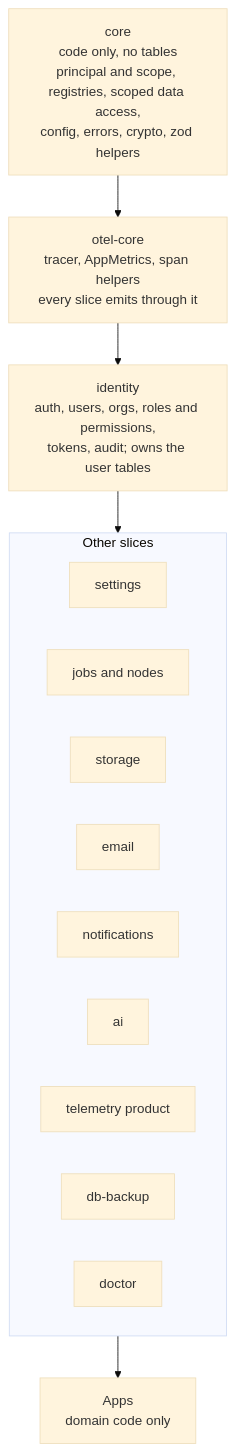
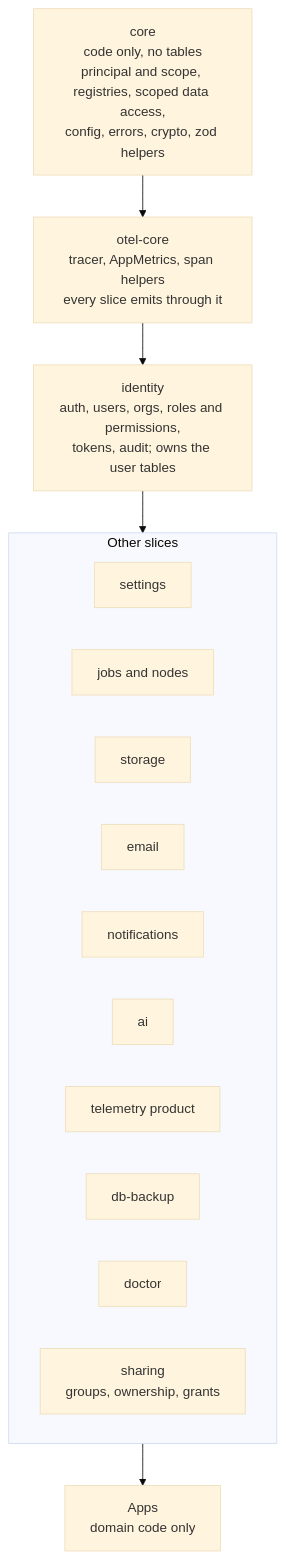
One commit to marinoscar/EnterpriseAppBase changed the second of 8 diagrams in docs/specs/platform-packages.md. Above: the diagram before and after it, drawn with Mermaid (base theme). The commit also changed other lines of this file and 5 other files, not shown here.

````diff
--- a/docs/specs/platform-packages.md
+++ b/docs/specs/platform-packages.md
@@ -300,20 +300,21 @@
 ```mermaid
 flowchart TD
   core["core<br/>code only, no tables<br/>principal and scope, registries, scoped data access,<br/>config, errors, crypto, zod helpers"]
   otel["otel-core<br/>tracer, AppMetrics, span helpers<br/>every slice emits through it"]
   ident["identity<br/>auth, users, orgs, roles and permissions,<br/>tokens, audit; owns the user tables"]
   subgraph slices["Other slices"]
     direction LR
     settings["settings"]
     jobs["jobs and nodes"]
     storage["storage"]
     email["email"]
     notif["notifications"]
     ai["ai"]
     telem["telemetry product"]
     backup["db-backup"]
     doctor["doctor"]
+    sharing["sharing<br/>groups, ownership, grants"]
   end
   apps["Apps<br/>domain code only"]
   core --> otel --> ident --> slices --> apps
 ```
````
